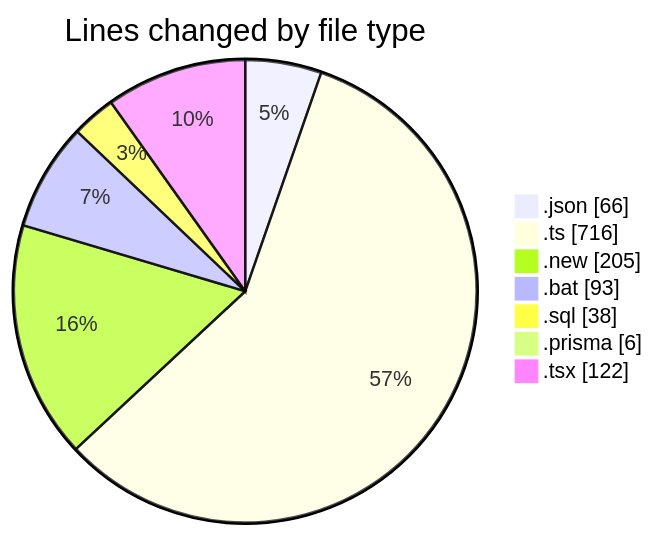
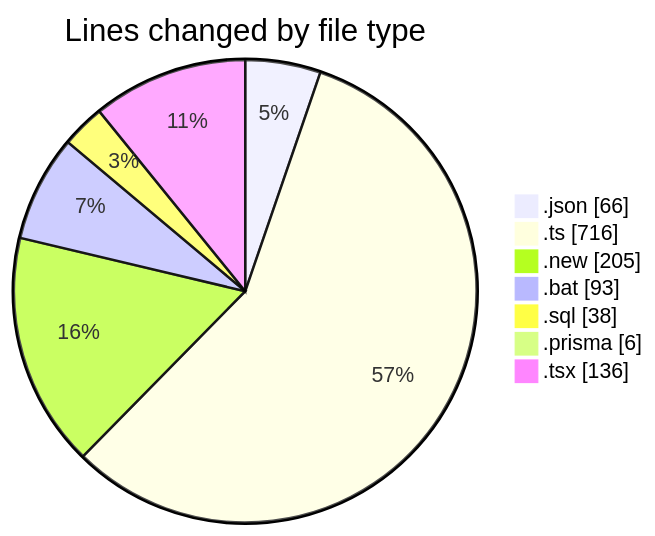
One commit to CELIANVF/code-tracking changed the first of 2 diagrams in 2025-05-20/ecodeli-1/README.md. Above: the diagram before and after it, drawn with Mermaid. The commit also changed other lines of this file and 1 other file, not shown here.

````diff
--- a/2025-05-20/ecodeli-1/README.md
+++ b/2025-05-20/ecodeli-1/README.md
@@ -32,11 +32,11 @@
 ```mermaid
 pie showData
 title Lines changed by file type
 ".json" : 66
 ".ts" : 716
 ".new" : 205
 ".bat" : 93
 ".sql" : 38
 ".prisma" : 6
-".tsx" : 122
+".tsx" : 136
 ```
````
